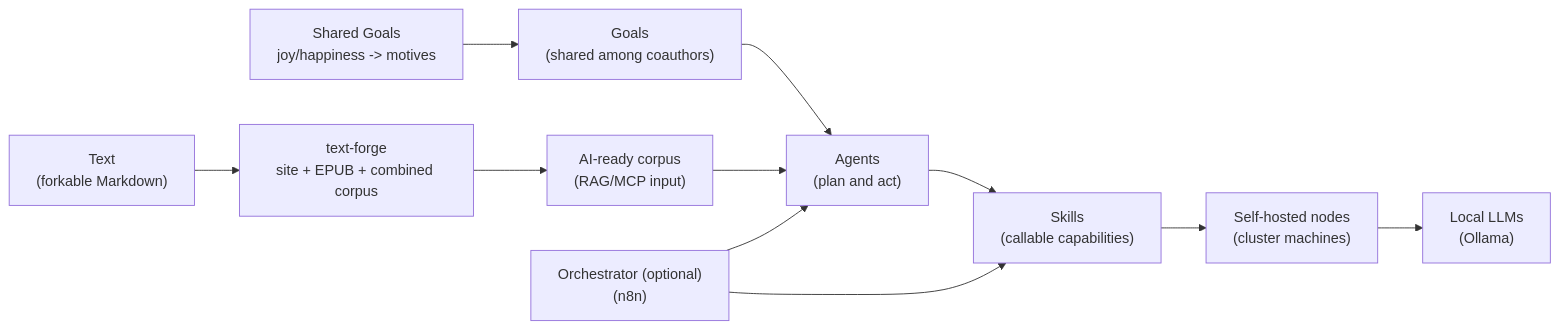
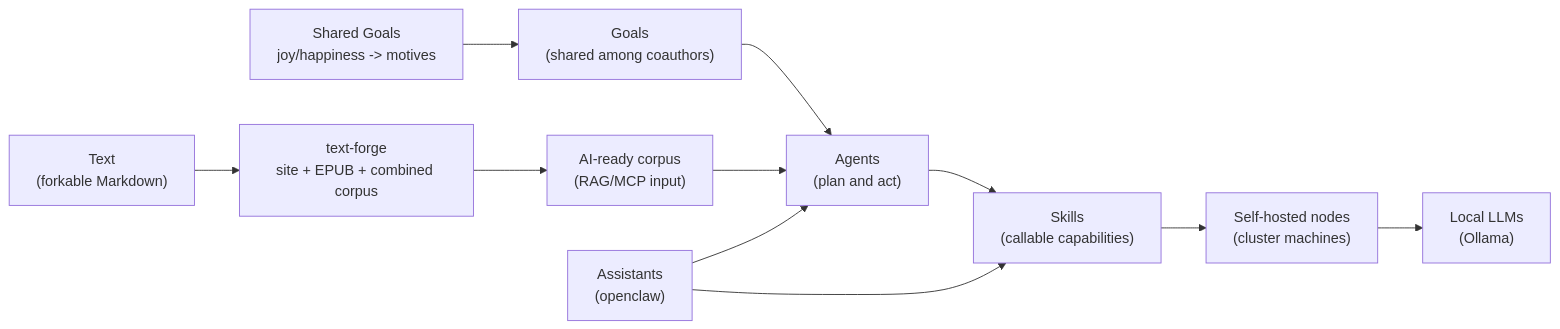
One commit to gnezim/thunder-forge changed the diagram in README.md. Above: the diagram before and after it, drawn with Mermaid. The commit also changed other lines of this file, not shown here.

Commit message:
feat: Update README to reflect changes with openclaw

````diff
--- a/README.md
+++ b/README.md
@@ -51,18 +51,18 @@
 ```mermaid
 flowchart LR
   SG["Shared Goals<br/>joy/happiness -> motives"] --> G["Goals<br/>(shared among coauthors)"]
 
   T["Text<br/>(forkable Markdown)"] --> TF["text-forge<br/>site + EPUB + combined corpus"]
   TF --> K["AI-ready corpus<br/>(RAG/MCP input)"]
 
   G --> A["Agents<br/>(plan and act)"]
   K --> A
 
   A --> S["Skills<br/>(callable capabilities)"]
   S --> N["Self-hosted nodes<br/>(cluster machines)"]
 
   N --> O["Local LLMs<br/>(Ollama)"]
 
-  W["Orchestrator (optional)<br/>(n8n)"] --> A
+  W["Assistants<br/>(openclaw)"] --> A
   W --> S
 ```
````
